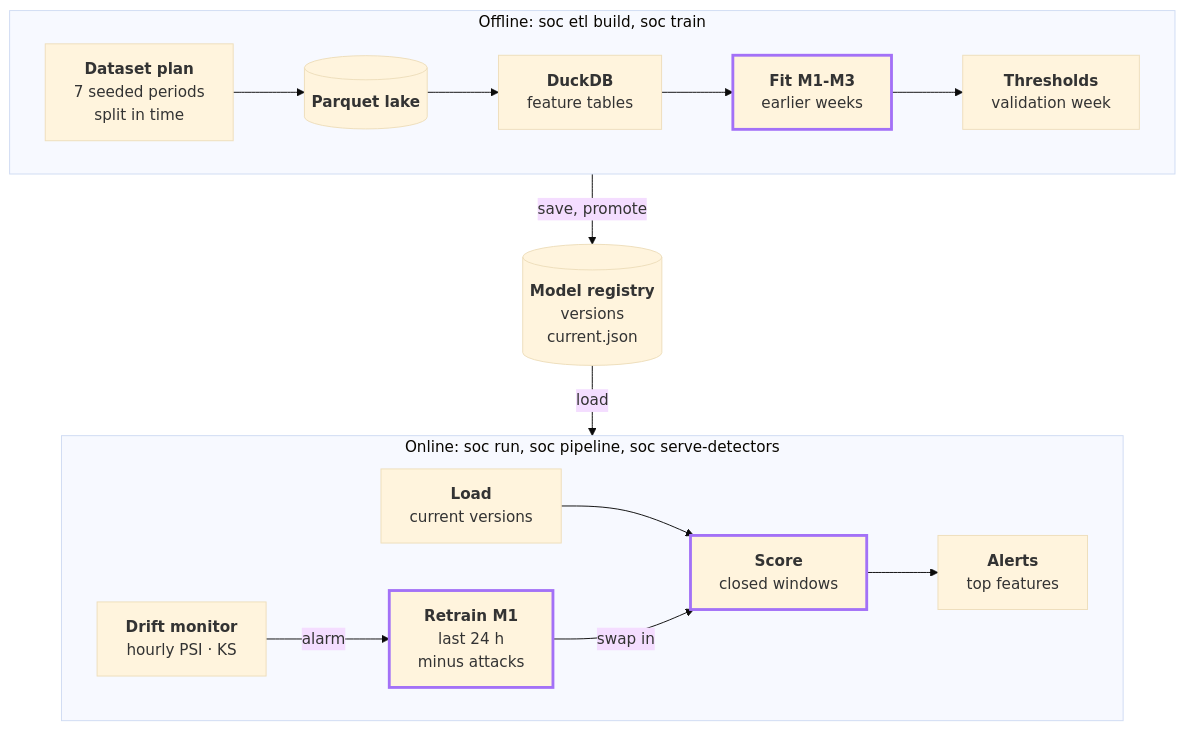
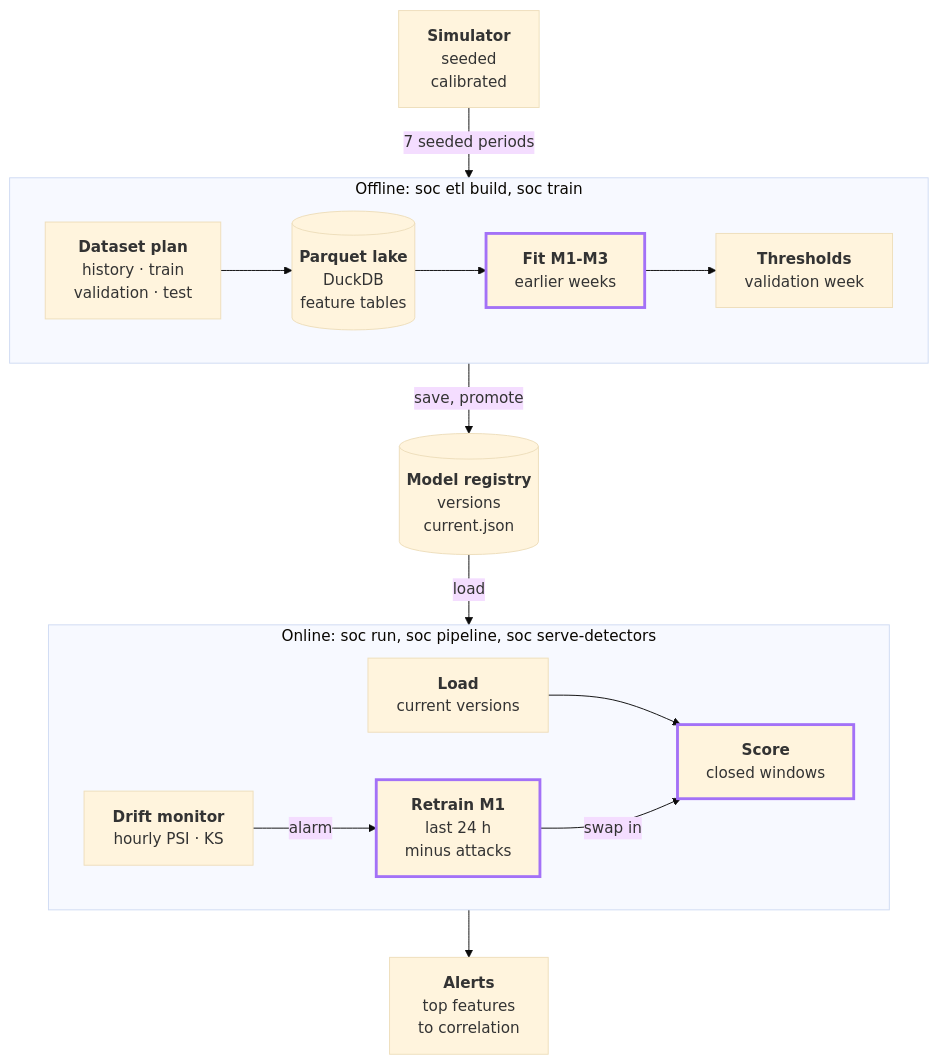
One commit to Chris91ss/ai4ci-agentic-soc changed the fourth of 6 diagrams in docs/architecture/README.md. Above: the diagram before and after it, drawn with Mermaid (base theme). The commit also changed other lines of this file, not shown here.

First line of the commit message:
docs(architecture): keep the diagrams clear of GitHub's zoom controls

````diff
--- a/docs/architecture/README.md
+++ b/docs/architecture/README.md
@@ -240,16 +240,18 @@
 ```mermaid
 flowchart TB
+    sim["<b>Simulator</b><br/>seeded<br/>calibrated"]
     subgraph offline ["Offline: soc etl build, soc train"]
         direction LR
-        plan["<b>Dataset plan</b><br/>7 seeded periods<br/>split in time"] --> lake[("<b>Parquet lake</b>")] --> tables["<b>DuckDB</b><br/>feature tables"] --> fit["<b>Fit M1-M3</b><br/>earlier weeks"] --> thresholds["<b>Thresholds</b><br/>validation week"]
+        plan["<b>Dataset plan</b><br/>history · train<br/>validation · test"] --> lake[("<b>Parquet lake</b><br/>DuckDB<br/>feature tables")] --> fit["<b>Fit M1-M3</b><br/>earlier weeks"] --> thresholds["<b>Thresholds</b><br/>validation week"]
     end
     registry[("<b>Model registry</b><br/>versions<br/>current.json")]
     subgraph online ["Online: soc run, soc pipeline, soc serve-detectors"]
         direction LR
-        load["<b>Load</b><br/>current versions"] --> score["<b>Score</b><br/>closed windows"] --> alerts["<b>Alerts</b><br/>top features"]
+        load["<b>Load</b><br/>current versions"] --> score["<b>Score</b><br/>closed windows"]
         monitor["<b>Drift monitor</b><br/>hourly PSI · KS"] -- "alarm" --> retrain["<b>Retrain M1</b><br/>last 24 h<br/>minus attacks"] -- "swap in" --> score
     end
-    offline -- "save, promote" --> registry -- "load" --> online
+    alerts["<b>Alerts</b><br/>top features<br/>to correlation"]
+    sim -- "7 seeded periods" --> offline -- "save, promote" --> registry -- "load" --> online --> alerts
     classDef ai stroke:#a371f7,stroke-width:3px
     class fit,score,retrain ai
 ```
````
